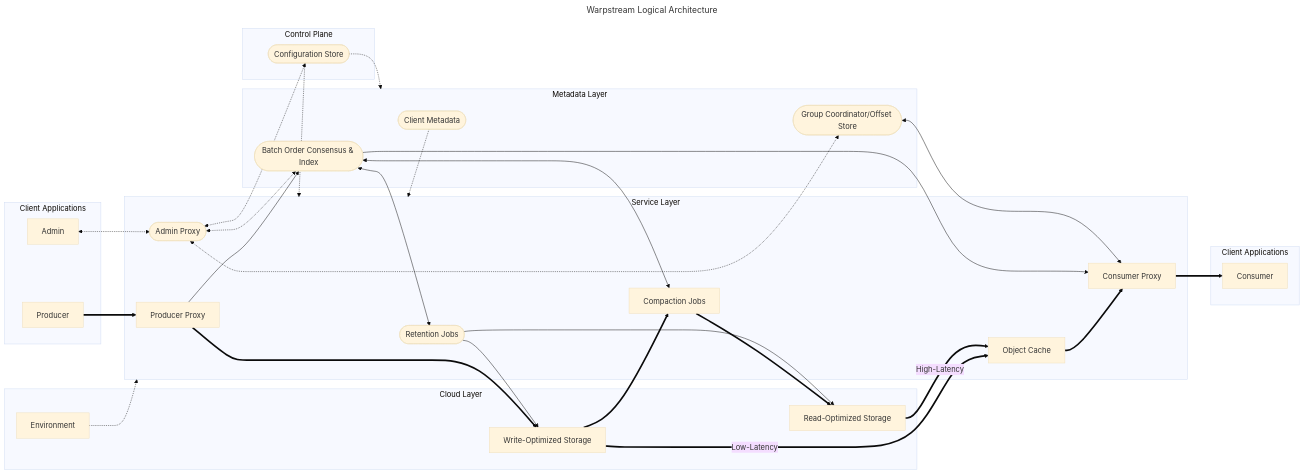
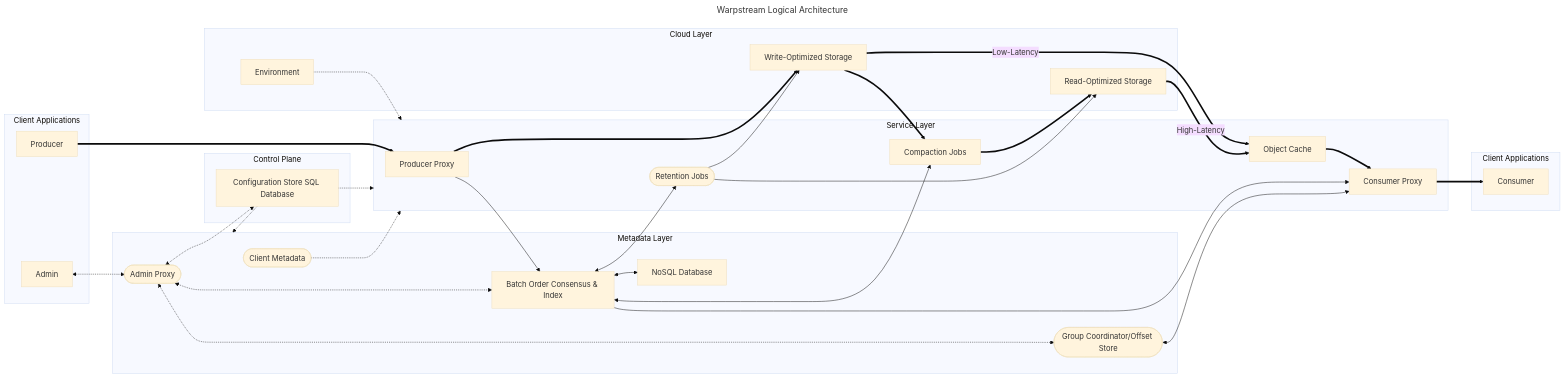
Before and after one commit to aiven/inkless: the first of 4 diagrams in inkless/Design.md, drawn with Mermaid (base theme).

Commit message:
Add Batch Storage technology as described in public documentation.

````diff
--- a/inkless/Design.md
+++ b/inkless/Design.md
@@ -1,56 +1,58 @@
 ```mermaid
 ---
 title: Warpstream Logical Architecture
 ---
 flowchart LR
     subgraph ClientsA[Client Applications]
         Producer[Producer]
         Admin[Admin]
     end
     subgraph ClientsB[Client Applications]
         Consumer[Consumer]
     end
     subgraph Cloud[Cloud Layer]
         Environment[Environment]
         WriteStorage[Write-Optimized Storage]
         ReadStorage[Read-Optimized Storage]
     end
     subgraph Service[Service Layer]
-        AdminProxy([Admin Proxy])
         ProducerProxy[Producer Proxy]
         ConsumerProxy[Consumer Proxy]
         ObjectCache[Object Cache]
         Compaction[Compaction Jobs]
         Retention([Retention Jobs])
     end
     subgraph Metadata[Metadata Layer]
+        AdminProxy([Admin Proxy])
         ClientMetadata([Client Metadata])
-        BatchIndex([Batch Order Consensus & Index])
+        BatchIndex[Batch Order Consensus & Index]
+        BatchStorage[NoSQL Database]
         ConsumerMetadata([Group Coordinator/Offset Store])
     end
     subgraph ControlPlane[Control Plane]
-        ConfigStore([Configuration Store])
+        ConfigStore[Configuration Store SQL Database]
     end
     %% Data
     Producer ==> ProducerProxy ==> WriteStorage ==> Compaction ==> ReadStorage
     WriteStorage == Low-Latency ==> ObjectCache
     ReadStorage == High-Latency ==> ObjectCache
     ObjectCache ==> ConsumerProxy ==> Consumer
     %% Batch Metadata
     ProducerProxy --> BatchIndex --> ConsumerProxy
     AdminProxy <-.-> BatchIndex
+    BatchIndex <--> BatchStorage
     BatchIndex <--> Retention & Compaction
     Retention --> WriteStorage & ReadStorage
     %% Consumer Offsets
     AdminProxy <-.-> ConsumerMetadata 
     ConsumerMetadata <--> ConsumerProxy
     %% Client Metadata
     ClientMetadata -.-> Service
     %% Configuration
     Admin <-.-> AdminProxy
     AdminProxy <-.-> ConfigStore
     ConfigStore -.-> Service & Metadata
     Environment -.-> Service
     %% Layout
     Compaction ~~~ ConsumerMetadata
 ```
````
